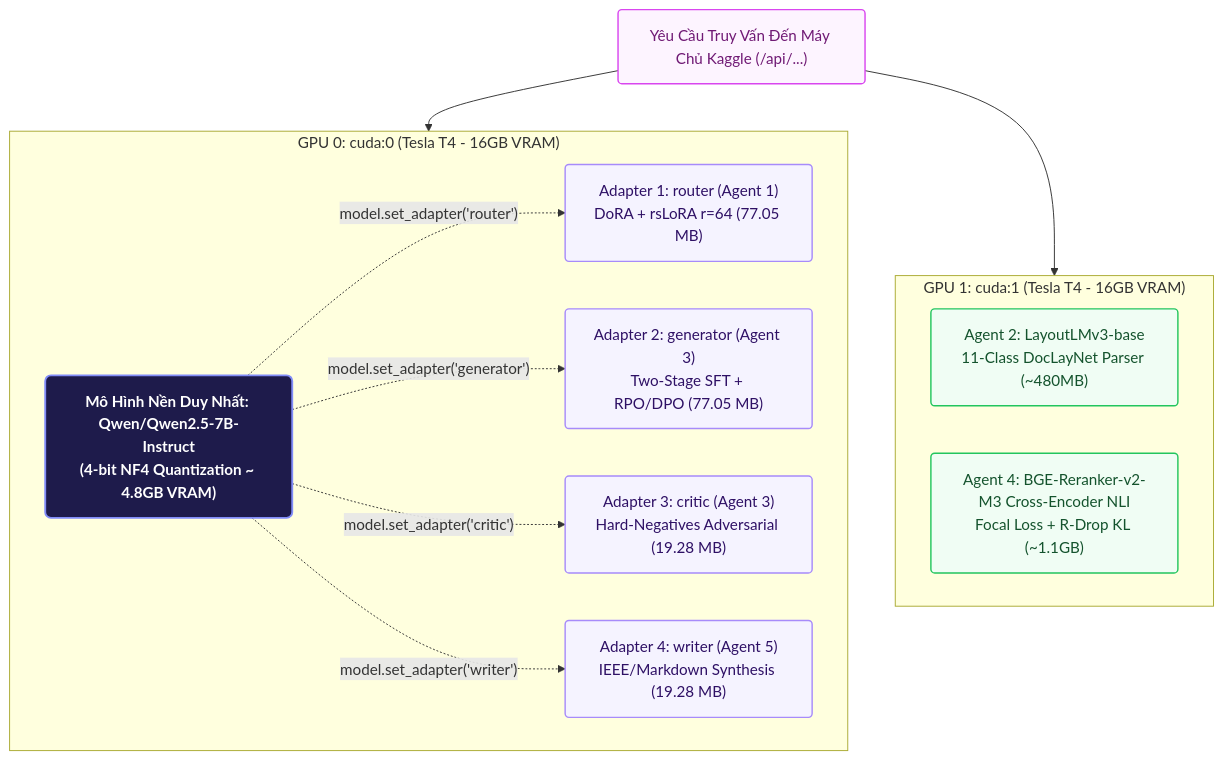
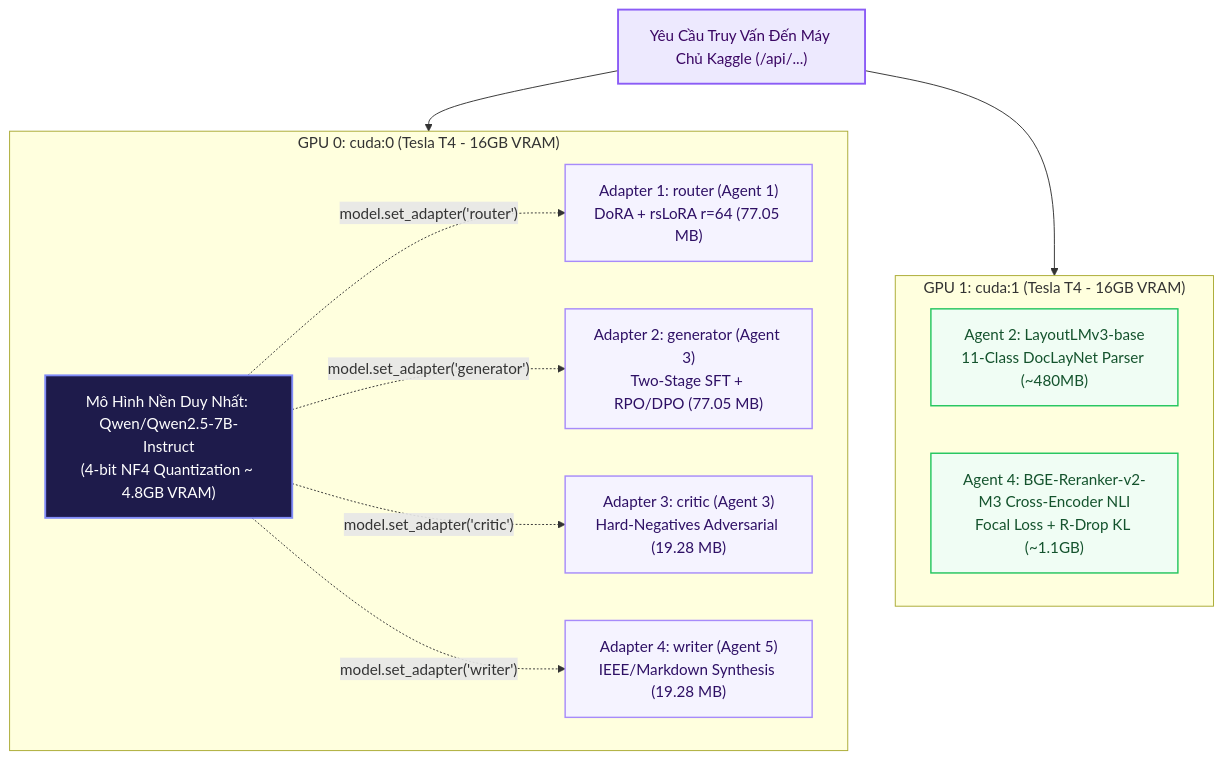
Before and after one commit to ducmanh-jr/Multi-Agent_RAG: the diagram in reports/04_TUY_CHON_4_KAGGLE_FN_MULTILORA.md, drawn with Mermaid. The commit also changed other lines of this file and 8 other files, not shown here.

Commit message:
fix(reports): resolve Mermaid syntax error (remove invalid rx/ry, clean node labels) and decouple Agent 0 from core 5-agent pipeline

````diff
--- a/reports/04_TUY_CHON_4_KAGGLE_FN_MULTILORA.md
+++ b/reports/04_TUY_CHON_4_KAGGLE_FN_MULTILORA.md
@@ -13,30 +13,35 @@
 ```mermaid
 flowchart TD
-    classDef baseModel fill:#1e1b4b,stroke:#818cf8,stroke-width:2px,color:#ffffff,font-weight:bold,rx:6,ry:6;
-    classDef loraNode fill:#f5f3ff,stroke:#a78bfa,stroke-width:1.5px,color:#2e1065,rx:4,ry:4;
-    classDef gpu1Node fill:#f0fdf4,stroke:#22c55e,stroke-width:1.5px,color:#14532d,rx:4,ry:4;
-    classDef linkNode fill:#fdf4ff,stroke:#d946ef,stroke-width:1.5px,color:#701a75,rx:4,ry:4;
-
-    REQ["Yêu Cầu Truy Vấn Đến Máy Chủ Kaggle (/api/...)"]:::linkNode
+    REQ["Yêu Cầu Truy Vấn Đến Máy Chủ Kaggle (/api/...)"]
 
     subgraph GPU0 ["GPU 0: cuda:0 (Tesla T4 - 16GB VRAM)"]
-        BASE["Mô Hình Nền Duy Nhất: Qwen/Qwen2.5-7B-Instruct<br/>(4-bit NF4 Quantization ~ 4.8GB VRAM)"]:::baseModel
-        L1["Adapter 1: router (Agent 1)<br/>DoRA + rsLoRA r=64 (77.05 MB)"]:::loraNode
-        L2["Adapter 2: generator (Agent 3)<br/>Two-Stage SFT + RPO/DPO (77.05 MB)"]:::loraNode
-        L3["Adapter 3: critic (Agent 3)<br/>Hard-Negatives Adversarial (19.28 MB)"]:::loraNode
-        L4["Adapter 4: writer (Agent 5)<br/>IEEE/Markdown Synthesis (19.28 MB)"]:::loraNode
+        BASE["Mô Hình Nền Duy Nhất: Qwen/Qwen2.5-7B-Instruct<br/>(4-bit NF4 Quantization ~ 4.8GB VRAM)"]
+        L1["Adapter 1: router (Agent 1)<br/>DoRA + rsLoRA r=64 (77.05 MB)"]
+        L2["Adapter 2: generator (Agent 3)<br/>Two-Stage SFT + RPO/DPO (77.05 MB)"]
+        L3["Adapter 3: critic (Agent 3)<br/>Hard-Negatives Adversarial (19.28 MB)"]
+        L4["Adapter 4: writer (Agent 5)<br/>IEEE/Markdown Synthesis (19.28 MB)"]
         
         BASE -. "model.set_adapter('router')" .-> L1
         BASE -. "model.set_adapter('generator')" .-> L2
         BASE -. "model.set_adapter('critic')" .-> L3
         BASE -. "model.set_adapter('writer')" .-> L4
     end
 
     subgraph GPU1 ["GPU 1: cuda:1 (Tesla T4 - 16GB VRAM)"]
-        M2["Agent 2: LayoutLMv3-base<br/>11-Class DocLayNet Parser (~480MB)"]:::gpu1Node
-        M4["Agent 4: BGE-Reranker-v2-M3 Cross-Encoder NLI<br/>Focal Loss + R-Drop KL (~1.1GB)"]:::gpu1Node
+        M2["Agent 2: LayoutLMv3-base<br/>11-Class DocLayNet Parser (~480MB)"]
+        M4["Agent 4: BGE-Reranker-v2-M3 Cross-Encoder NLI<br/>Focal Loss + R-Drop KL (~1.1GB)"]
     end
 
     REQ --> GPU0
     REQ --> GPU1
+
+    classDef purple fill:#f5f3ff,stroke:#a78bfa,stroke-width:1.5px,color:#2e1065;
+    classDef base fill:#1e1b4b,stroke:#818cf8,stroke-width:2px,color:#ffffff;
+    classDef green fill:#f0fdf4,stroke:#22c55e,stroke-width:1.5px,color:#14532d;
+    classDef input fill:#ede9fe,stroke:#8b5cf6,stroke-width:2px,color:#3b0764;
+
+    class REQ input;
+    class BASE base;
+    class L1,L2,L3,L4 purple;
+    class M2,M4 green;
 ```
````
